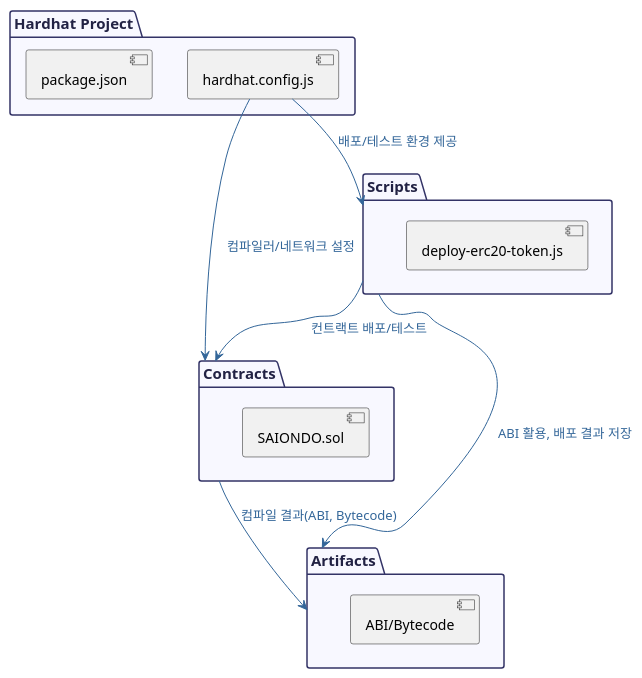
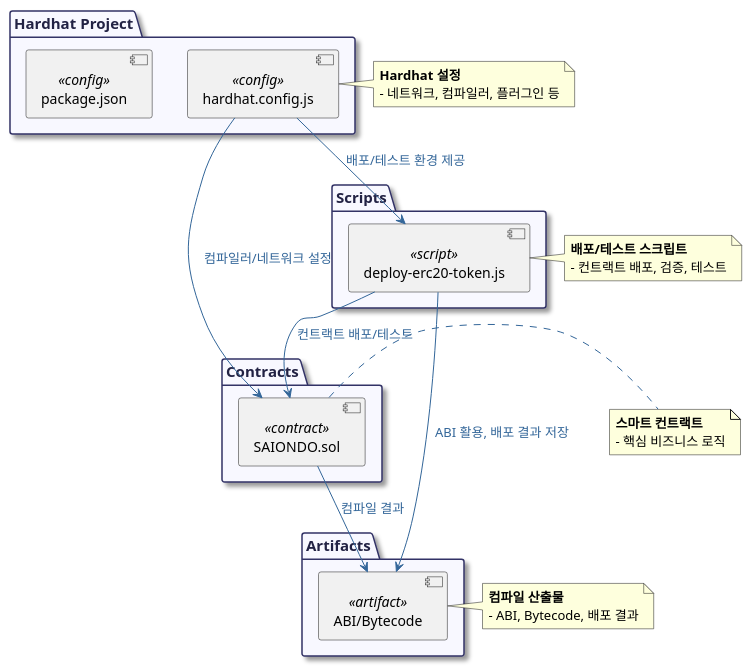
Before and after one commit to aw-birdgang/saiondo: the diagram in web3/puml/architecture.puml, drawn with PlantUML. The commit also changed 11 other files, not shown here.

```diff
--- a/web3/puml/architecture.puml
+++ b/web3/puml/architecture.puml
@@ -1,42 +1,69 @@
 @startuml
 ' 스타일
 skinparam package {
   BackgroundColor #F8F8FF
   BorderColor #333366
   FontColor #222244
   FontSize 15
+  Shadowing true
 }
 skinparam rectangle {
   BackgroundColor #F0F8FF
   BorderColor #333366
   FontColor #222244
+  Shadowing true
 }
 skinparam ArrowColor #336699
 skinparam ArrowFontColor #336699
 skinparam ArrowFontSize 13
 
-' 주요 패키지
+' Hardhat 설정/환경
 package "Hardhat Project" {
-  [hardhat.config.js]
-  [package.json]
+  [hardhat.config.js] <<config>>
+  [package.json] <<config>>
 }
 
+' 스마트 컨트랙트
 package "Contracts" {
-  [SAIONDO.sol]
+  [SAIONDO.sol] <<contract>>
 }
 
+' 배포/테스트 스크립트
 package "Scripts" {
-  [deploy-erc20-token.js]
+  [deploy-erc20-token.js] <<script>>
 }
 
+' 컴파일 산출물
 package "Artifacts" {
-  [ABI/Bytecode]
+  [ABI/Bytecode] <<artifact>>
 }
 
 ' 관계 및 설명
-[hardhat.config.js] --> [Contracts] : "컴파일러/네트워크 설정"
-[hardhat.config.js] --> [Scripts] : "배포/테스트 환경 제공"
-[Contracts] --> [Artifacts] : "컴파일 결과(ABI, Bytecode)"
-[Scripts] --> [Contracts] : "컨트랙트 배포/테스트"
-[Scripts] --> [Artifacts] : "ABI 활용, 배포 결과 저장"
+[hardhat.config.js] --> [SAIONDO.sol] : "컴파일러/네트워크 설정"
+[hardhat.config.js] --> [deploy-erc20-token.js] : "배포/테스트 환경 제공"
+[SAIONDO.sol] --> [ABI/Bytecode] : "컴파일 결과"
+[deploy-erc20-token.js] --> [SAIONDO.sol] : "컨트랙트 배포/테스트"
+[deploy-erc20-token.js] --> [ABI/Bytecode] : "ABI 활용, 배포 결과 저장"
+
+' 설명 주석
+note right of [hardhat.config.js]
+  <b>Hardhat 설정</b>
+  - 네트워크, 컴파일러, 플러그인 등
+end note
+
+note right of [SAIONDO.sol]
+  <b>스마트 컨트랙트</b>
+  - 핵심 비즈니스 로직
+end note
+
+note right of [deploy-erc20-token.js]
+  <b>배포/테스트 스크립트</b>
+  - 컨트랙트 배포, 검증, 테스트
+end note
+
+note right of [ABI/Bytecode]
+  <b>컴파일 산출물</b>
+  - ABI, Bytecode, 배포 결과
+end note
+
 @enduml
```
